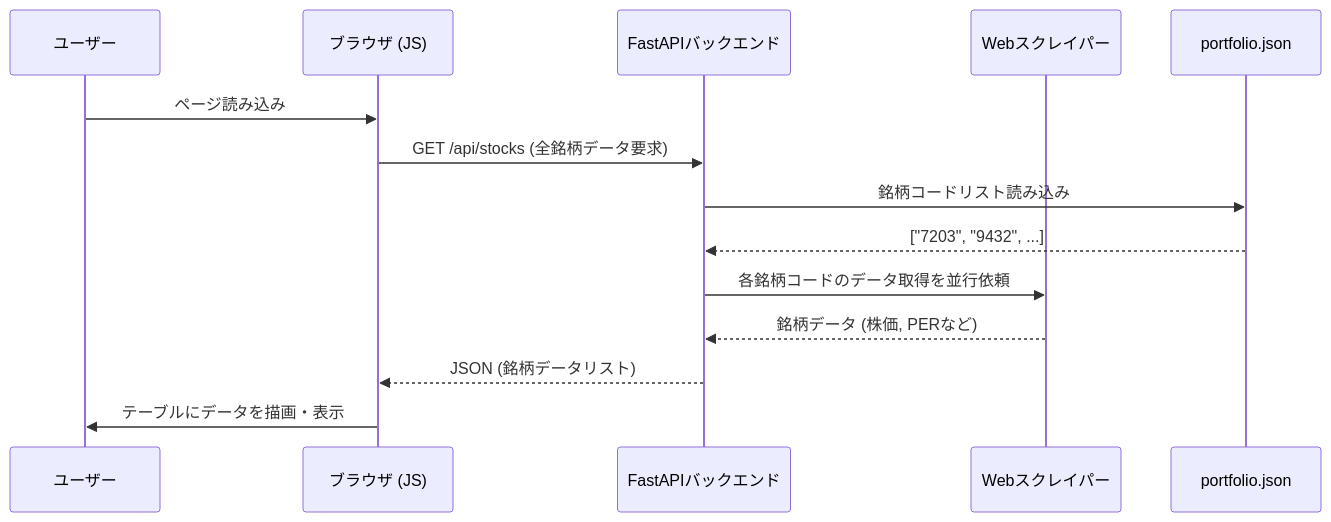
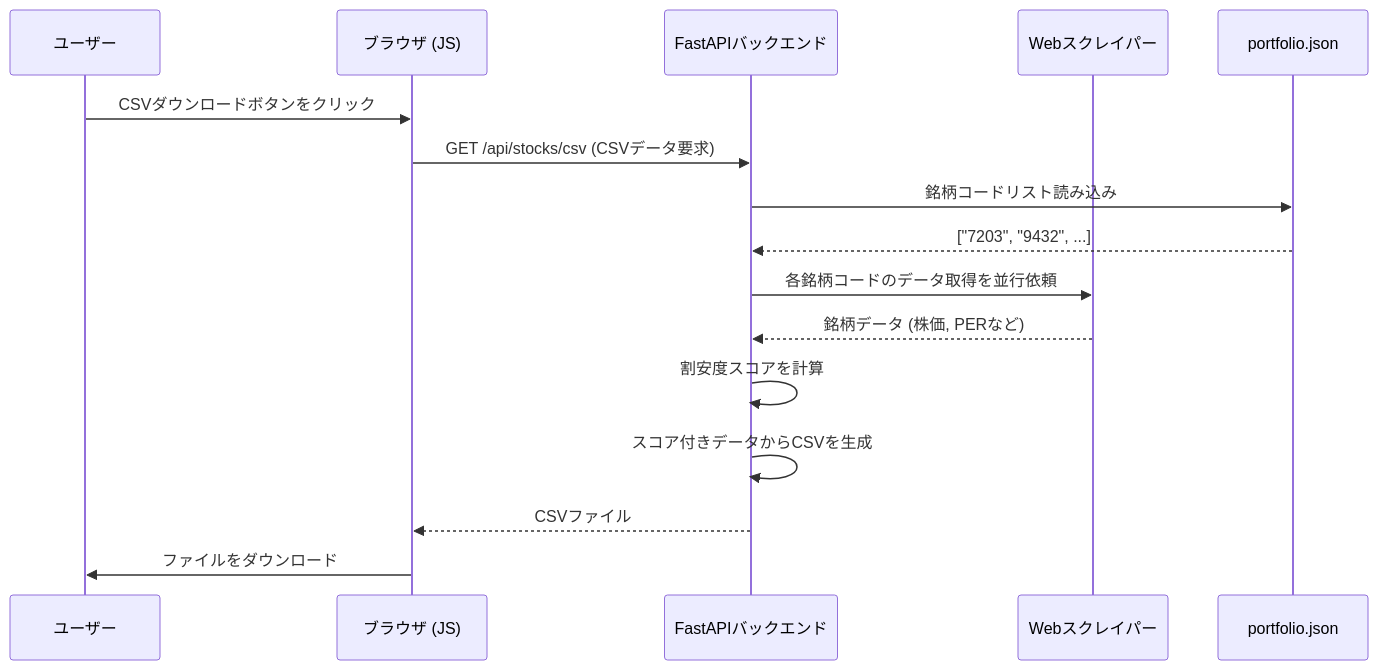
The second of 4 diagrams in README.md (ymkge/jp-stock-portfolio-app), drawn with Mermaid before and after one commit. The commit also changed other lines of this file and 1 other file, not shown here.

````diff
--- a/README.md
+++ b/README.md
@@ -58,17 +92,23 @@
 ```mermaid
 sequenceDiagram
     participant User as ユーザー
     participant Browser as ブラウザ (JS)
     participant API as FastAPIバックエンド
     participant Scraper as Webスクレイパー
     participant Portfolio as portfolio.json
 
-    User->>Browser: ページ読み込み
-    Browser->>API: GET /api/stocks (全銘柄データ要求)
+    User->>Browser: CSVダウンロードボタンをクリック
+    Browser->>API: GET /api/stocks/csv (CSVデータ要求)
+    
     API->>Portfolio: 銘柄コードリスト読み込み
     Portfolio-->>API: ["7203", "9432", ...]
+    
     API->>Scraper: 各銘柄コードのデータ取得を並行依頼
     Scraper-->>API: 銘柄データ (株価, PERなど)
-    API-->>Browser: JSON (銘柄データリスト)
-    Browser->>User: テーブルにデータを描画・表示
+    
+    API->>API: 割安度スコアを計算
+    API->>API: スコア付きデータからCSVを生成
+    
+    API-->>Browser: CSVファイル
+    Browser->>User: ファイルをダウンロード
 ```
````
